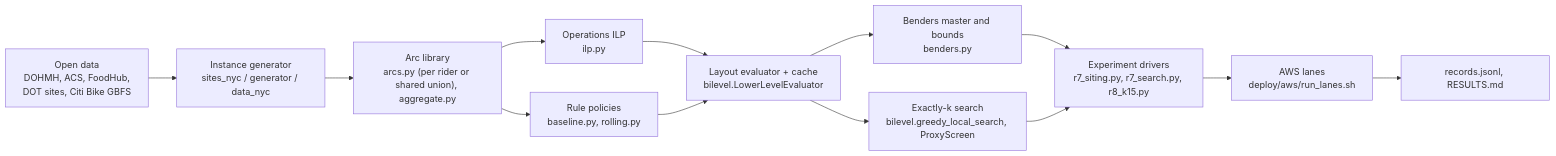
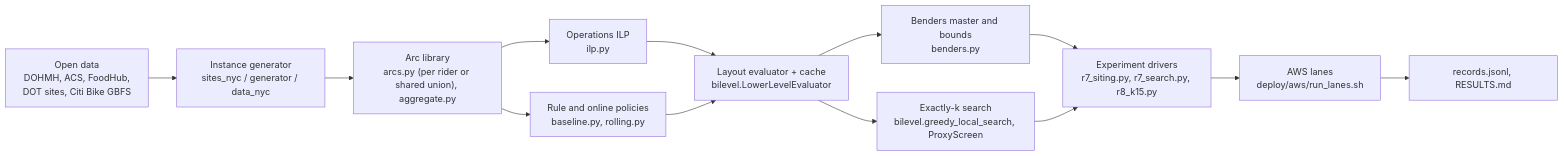
The diagram in README.md (yuanmingchen922/Ebike_battey_swap), drawn with Mermaid before and after one commit. The commit also changed other lines of this file and 30 other files, not shown here.

````diff
--- a/README.md
+++ b/README.md
@@ -156,15 +161,15 @@
 ```mermaid
 flowchart LR
     A["Open data<br/>DOHMH, ACS, FoodHub,<br/>DOT sites, Citi Bike GBFS"] --> B["Instance generator<br/>sites_nyc / generator / data_nyc"]
     B --> C["Arc library<br/>arcs.py (per rider or shared union), aggregate.py"]
     C --> D["Operations ILP<br/>ilp.py"]
-    C --> E["Rule policies<br/>baseline.py, rolling.py"]
+    C --> E["Rule and online policies<br/>baseline.py, rolling.py"]
     D --> F["Layout evaluator + cache<br/>bilevel.LowerLevelEvaluator"]
     E --> F
     F --> G["Benders master and bounds<br/>benders.py"]
     F --> K["Exactly-k search<br/>bilevel.greedy_local_search, ProxyScreen"]
     G --> H["Experiment drivers<br/>r7_siting.py, r7_search.py, r8_k15.py"]
     K --> H
     H --> I["AWS lanes<br/>deploy/aws/run_lanes.sh"]
     I --> J["records.jsonl, RESULTS.md"]
 ```
````
